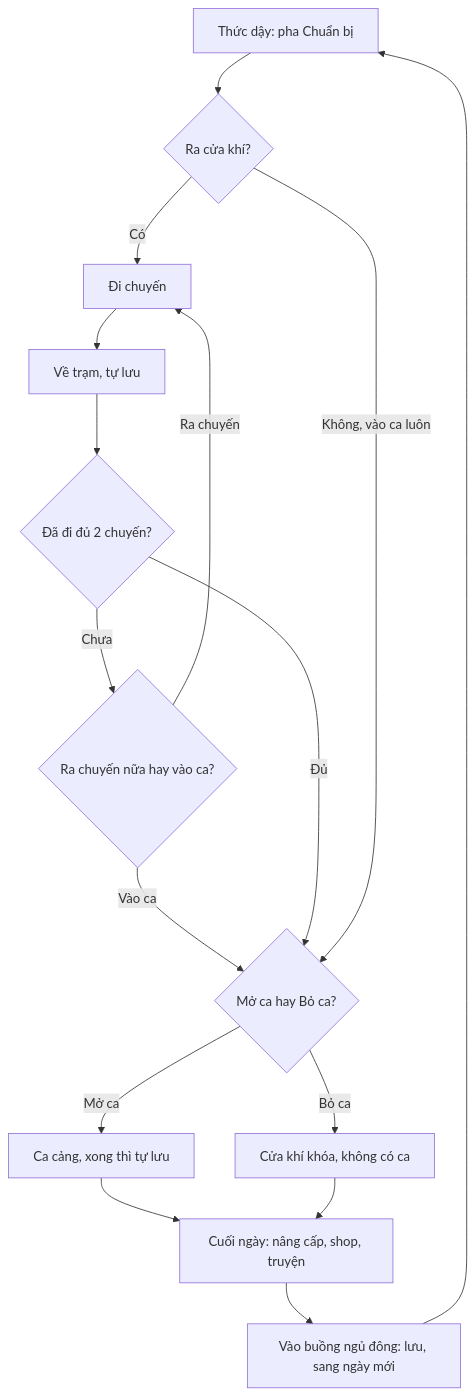
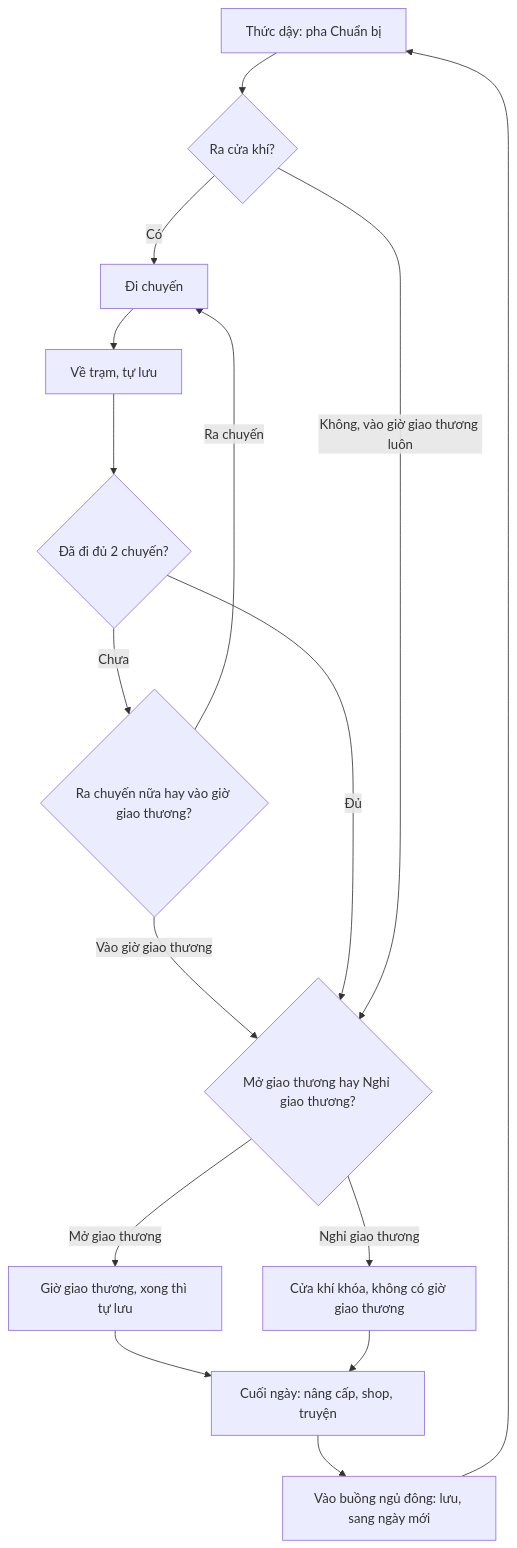
Before and after one commit to huycv18/DATN-SP27: the second of 4 diagrams in projects/game-moi/book/phan-2/01-mot-ngay.md, drawn with Mermaid. The commit also changed other lines of this file and 81 other files, not shown here.

Commit message:
Đổi tên ca cảng thành Giờ Giao Thương (Trade Hour): GDD, Book, TSV 25 tab, strings, sim, tool, prompt agent. Đếm là lượt giao thương, nút Mở bán, Nghỉ bán, màn Tổng kết giao thương. Luật và số giữ nguyên, sim kinh tế chạy lại không đổi số

````diff
--- a/projects/game-moi/book/phan-2/01-mot-ngay.md
+++ b/projects/game-moi/book/phan-2/01-mot-ngay.md
@@ -81,18 +81,18 @@
 ```mermaid
 flowchart TD
   A["Thức dậy: pha Chuẩn bị"] --> B{"Ra cửa khí?"}
   B -->|Có| C["Đi chuyến"]
   C --> D["Về trạm, tự lưu"]
   D --> E{"Đã đi đủ 2 chuyến?"}
-  E -->|Chưa| F{"Ra chuyến nữa hay vào ca?"}
+  E -->|Chưa| F{"Ra chuyến nữa hay vào giờ giao thương?"}
   F -->|Ra chuyến| C
-  F -->|Vào ca| G
-  E -->|Đủ| G{"Mở ca hay Bỏ ca?"}
-  B -->|Không, vào ca luôn| G
-  G -->|Mở ca| H["Ca cảng, xong thì tự lưu"]
-  G -->|Bỏ ca| I["Cửa khí khóa, không có ca"]
+  F -->|Vào giờ giao thương| G
+  E -->|Đủ| G{"Mở giao thương hay Nghỉ giao thương?"}
+  B -->|Không, vào giờ giao thương luôn| G
+  G -->|Mở giao thương| H["Giờ giao thương, xong thì tự lưu"]
+  G -->|Nghỉ giao thương| I["Cửa khí khóa, không có giờ giao thương"]
   H --> J["Cuối ngày: nâng cấp, shop, truyện"]
   I --> J
   J --> K["Vào buồng ngủ đông: lưu, sang ngày mới"]
   K --> A
 ```
````
